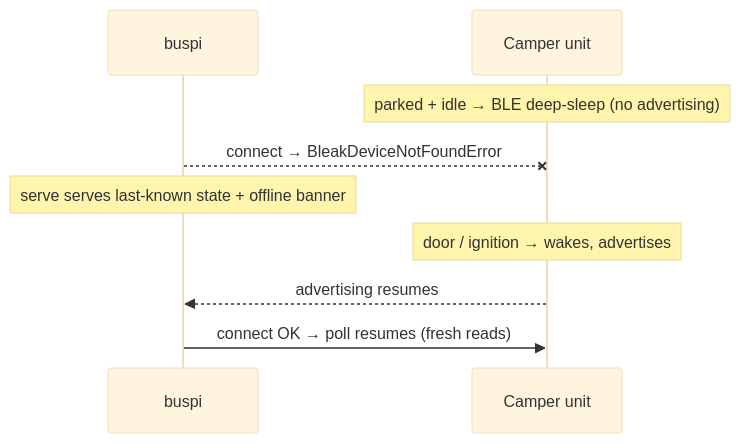
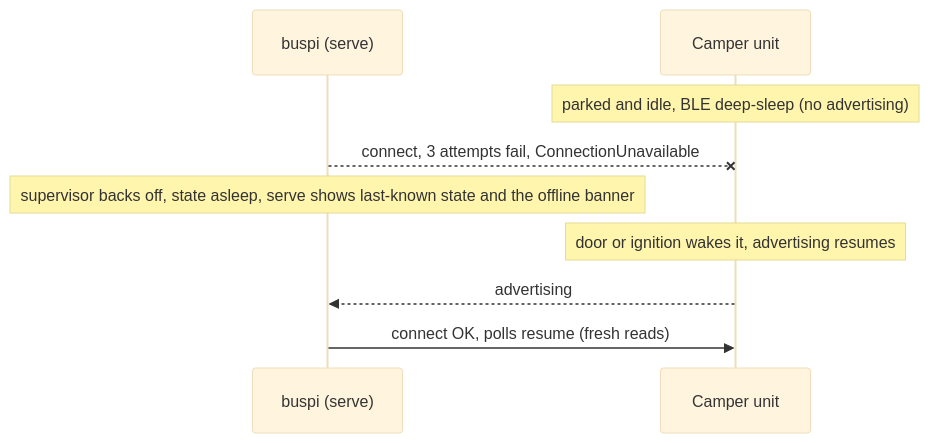
Before and after one commit to ckeller42/open-california: the tenth of 10 diagrams in docs/protocol-sequences.rst, drawn with Mermaid (base theme). The commit also changed other lines of this file and 35 other files, not shown here.

First line of the commit message:
docs: fix stale docs; single-source protocol sequences, drop LikeC4; simulation & CI docs (#202)

```diff
--- a/docs/protocol-sequences.rst
+++ b/docs/protocol-sequences.rst
@@ -333,11 +715,11 @@
 .. mermaid::
 
     sequenceDiagram
-        participant C as buspi
+        participant C as buspi (serve)
         participant U as Camper unit
-        Note over U: parked + idle → BLE deep-sleep (no advertising)
-        C--xU: connect → BleakDeviceNotFoundError
-        Note over C: serve serves last-known state + offline banner
-        Note over U: door / ignition → wakes, advertises
-        U-->>C: advertising resumes
-        C->>U: connect OK → poll resumes (fresh reads)
+        Note over U: parked and idle, BLE deep-sleep (no advertising)
+        C--xU: connect, 3 attempts fail, ConnectionUnavailable
+        Note over C: supervisor backs off, state asleep, serve shows last-known state and the offline banner
+        Note over U: door or ignition wakes it, advertising resumes
+        U-->>C: advertising
+        C->>U: connect OK, polls resume (fresh reads)
```
